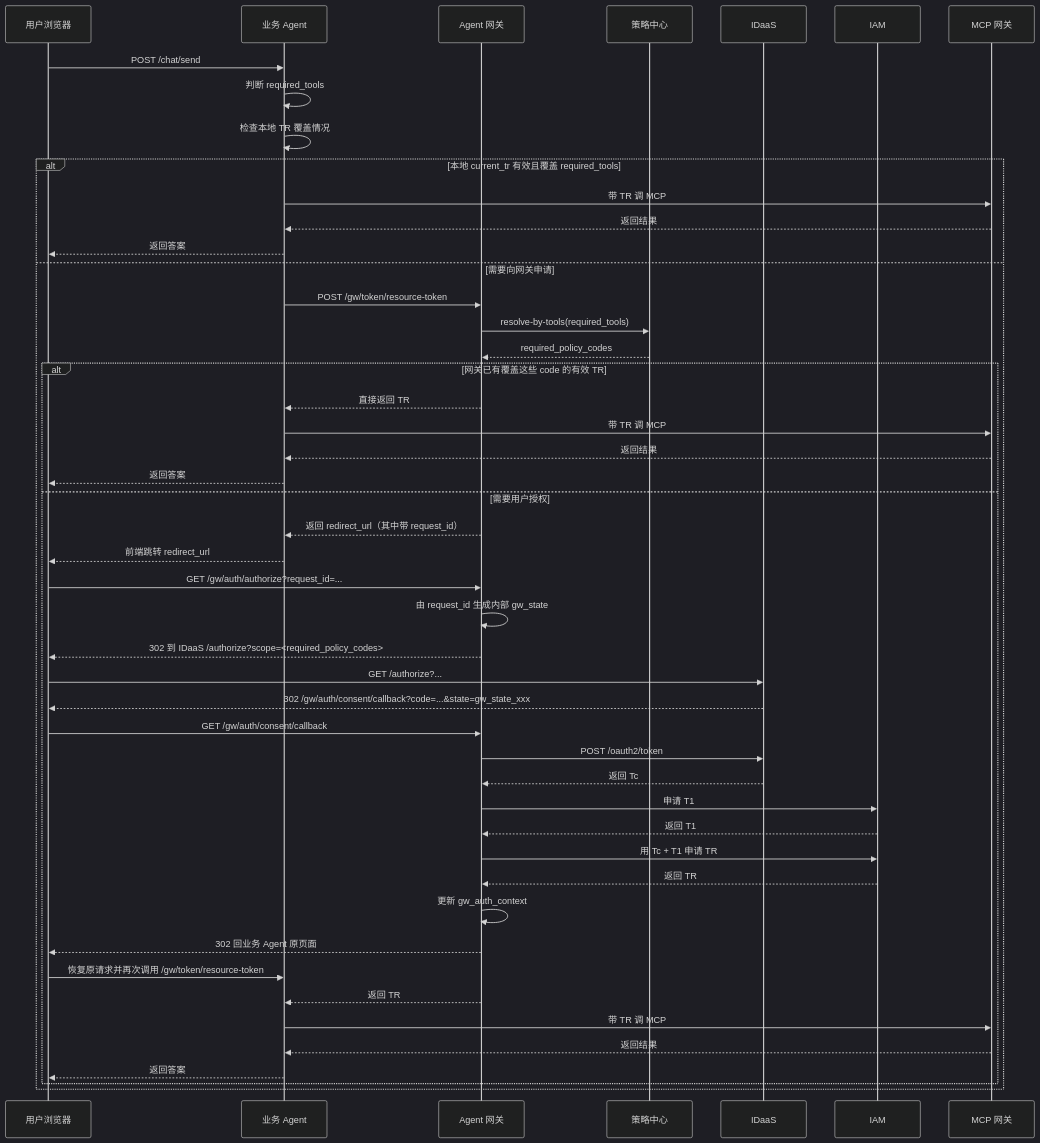
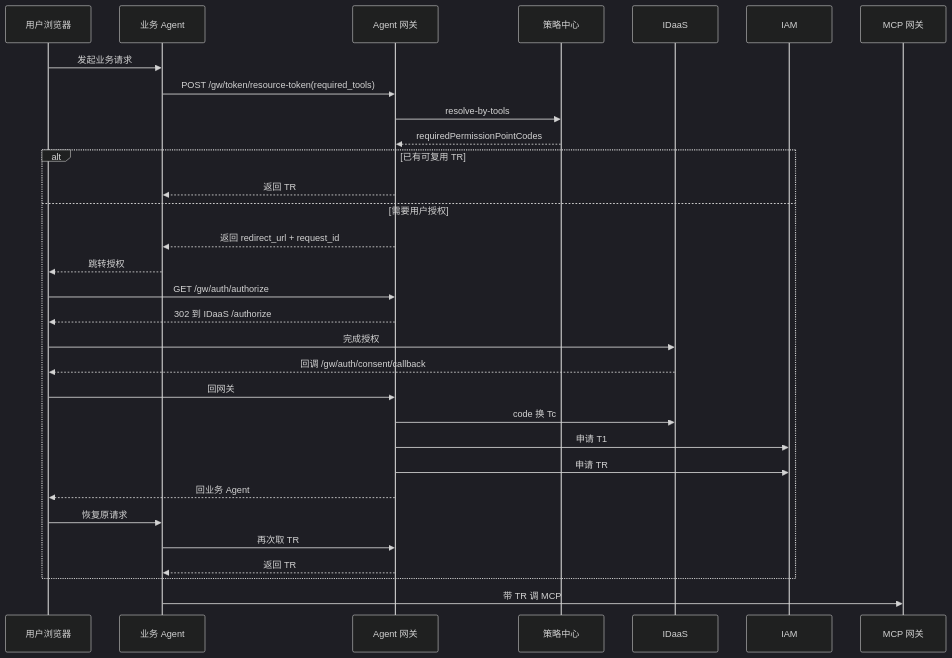
One commit to xuning117634-ux/auth-design-spec changed the second of 2 diagrams in docs/final_design/quick_read/02_主流程速记.md. Above: the diagram before and after it, drawn with Mermaid (dark theme). The commit also changed other lines of this file and 8 other files, not shown here.

````diff
--- a/docs/final_design/quick_read/02_主流程速记.md
+++ b/docs/final_design/quick_read/02_主流程速记.md
@@ -56,52 +28,36 @@
 ```mermaid
 sequenceDiagram
-    participant U as 用户浏览器
-    participant BA as 业务 Agent
+    participant 用户 as 用户浏览器
+    participant Agent as 业务 Agent
     participant GW as Agent 网关
     participant PC as 策略中心
-    participant ID as IDaaS
+    participant IDaaS as IDaaS
     participant IAM as IAM
-    participant MG as MCP 网关
+    participant MCP as MCP 网关
 
-    U->>BA: POST /chat/send
-    BA->>BA: 判断 required_tools
-    BA->>BA: 检查本地 TR 覆盖情况
+    用户->>Agent: 发起业务请求
+    Agent->>GW: POST /gw/token/resource-token(required_tools)
+    GW->>PC: resolve-by-tools
+    PC-->>GW: requiredPermissionPointCodes
 
-    alt 本地 current_tr 有效且覆盖 required_tools
-        BA->>MG: 带 TR 调 MCP
-        MG-->>BA: 返回结果
-        BA-->>U: 返回答案
-    else 需要向网关申请
-        BA->>GW: POST /gw/token/resource-token
-        GW->>PC: resolve-by-tools(required_tools)
-        PC-->>GW: required_policy_codes
-        alt 网关已有覆盖这些 code 的有效 TR
-            GW-->>BA: 直接返回 TR
-            BA->>MG: 带 TR 调 MCP
-            MG-->>BA: 返回结果
-            BA-->>U: 返回答案
-        else 需要用户授权
-            GW-->>BA: 返回 redirect_url（其中带 request_id）
-            BA-->>U: 前端跳转 redirect_url
-            U->>GW: GET /gw/auth/authorize?request_id=...
-            GW->>GW: 由 request_id 生成内部 gw_state
-            GW-->>U: 302 到 IDaaS /authorize?scope=<required_policy_codes>
-            U->>ID: GET /authorize?...
-            ID-->>U: 302 /gw/auth/consent/callback?code=...&state=gw_state_xxx
-            U->>GW: GET /gw/auth/consent/callback
-            GW->>ID: POST /oauth2/token
-            ID-->>GW: 返回 Tc
-            GW->>IAM: 申请 T1
-            IAM-->>GW: 返回 T1
-            GW->>IAM: 用 Tc + T1 申请 TR
-            IAM-->>GW: 返回 TR
-            GW->>GW: 更新 gw_auth_context
-            GW-->>U: 302 回业务 Agent 原页面
-            U->>BA: 恢复原请求并再次调用 /gw/token/resource-token
-            GW-->>BA: 返回 TR
-            BA->>MG: 带 TR 调 MCP
-            MG-->>BA: 返回结果
-            BA-->>U: 返回答案
-        end
+    alt 已有可复用 TR
+        GW-->>Agent: 返回 TR
+    else 需要用户授权
+        GW-->>Agent: 返回 redirect_url + request_id
+        Agent-->>用户: 跳转授权
+        用户->>GW: GET /gw/auth/authorize
+        GW-->>用户: 302 到 IDaaS /authorize
+        用户->>IDaaS: 完成授权
+        IDaaS-->>用户: 回调 /gw/auth/consent/callback
+        用户->>GW: 回网关
+        GW->>IDaaS: code 换 Tc
+        GW->>IAM: 申请 T1
+        GW->>IAM: 申请 TR
+        GW-->>用户: 回业务 Agent
+        用户->>Agent: 恢复原请求
+        Agent->>GW: 再次取 TR
+        GW-->>Agent: 返回 TR
     end
+
+    Agent->>MCP: 带 TR 调 MCP
 ```
````
